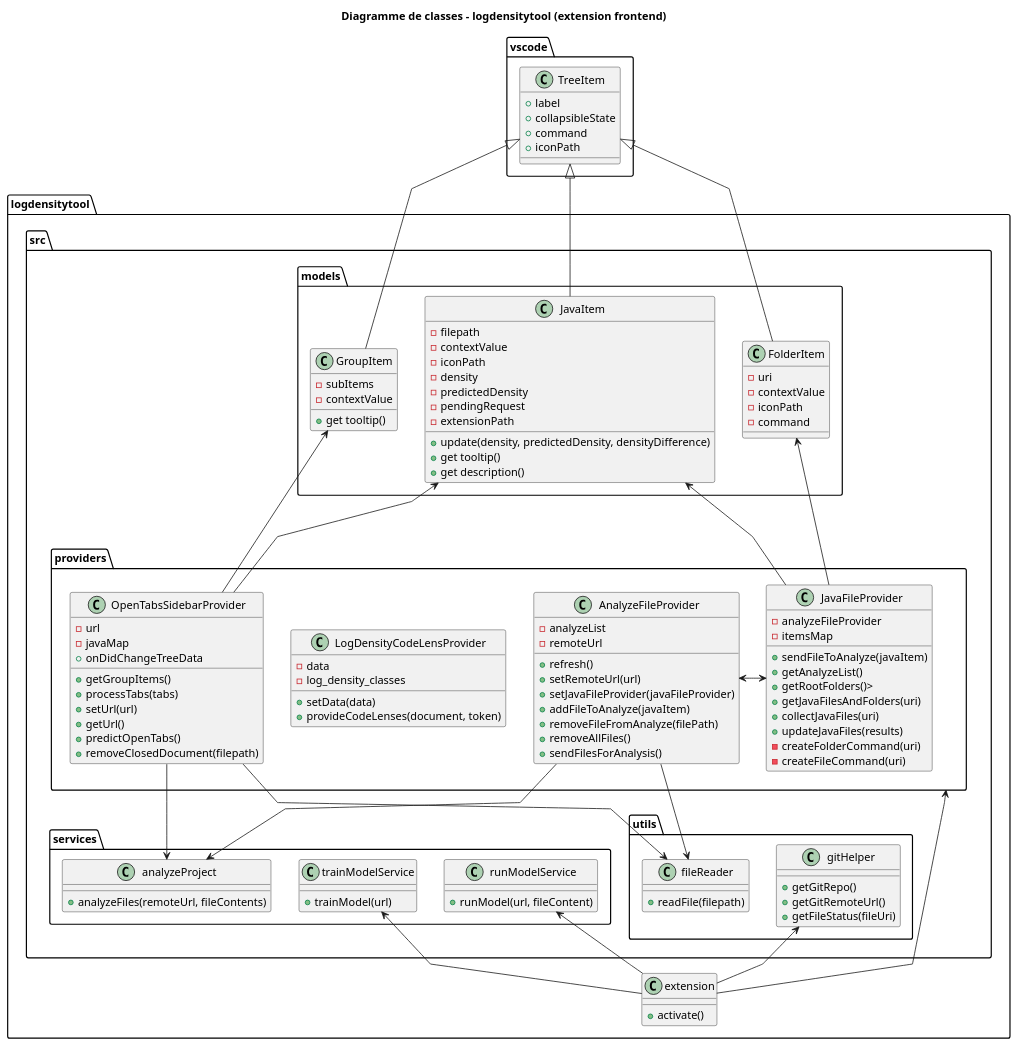
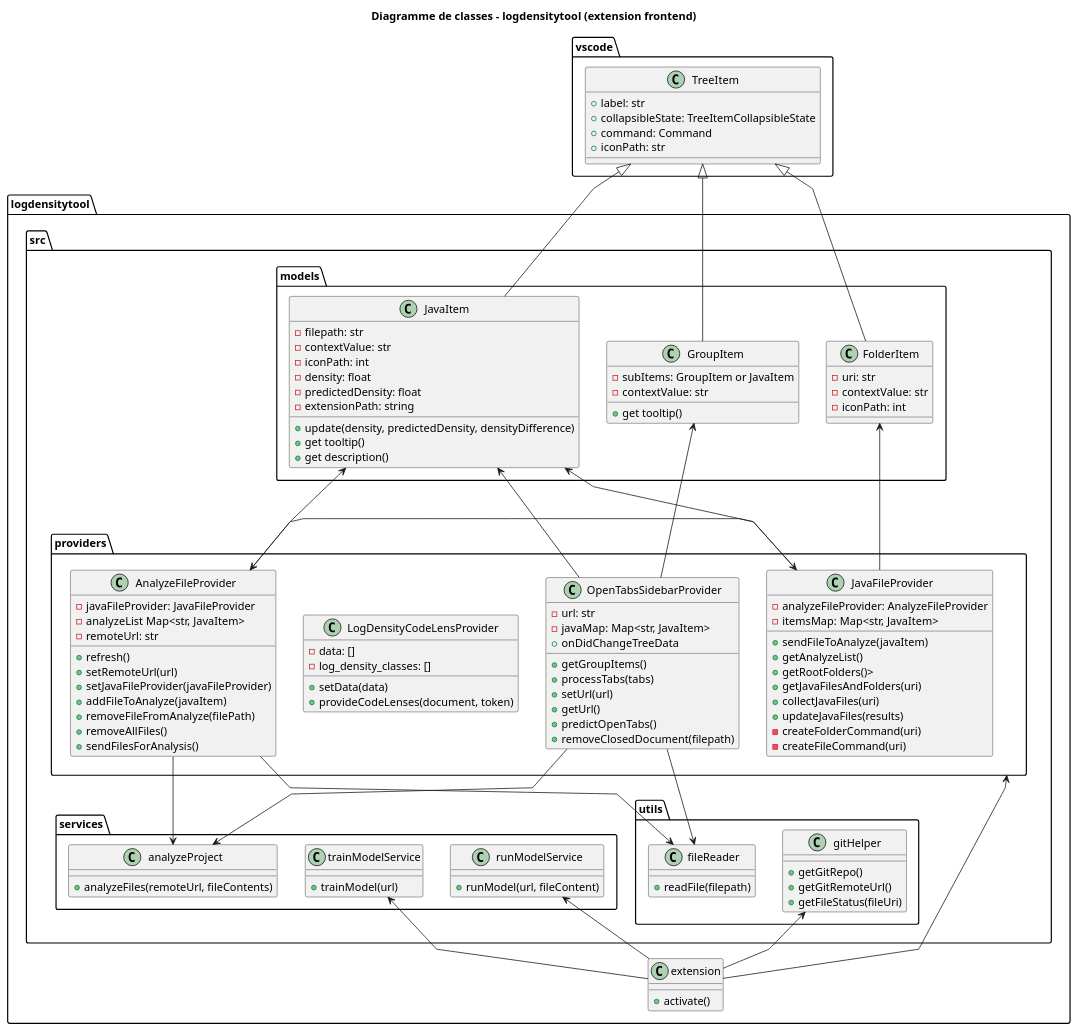
The diagram in artifacts/classes - extension.puml (DaREf-MS/log-density-plugin), drawn with PlantUML before and after one commit. The commit also changed 1 other file, not shown here.

Commit message:
Added attribute types to classes diagrams

```diff
--- a/artifacts/classes - extension.puml
+++ b/artifacts/classes - extension.puml
@@ -1,142 +1,142 @@
 @startuml
 skinparam linetype polyline
 
 title Diagramme de classes - logdensitytool (extension frontend)
 
 class vscode.TreeItem {
-  +label
-  +collapsibleState
-  +command
-  +iconPath
+  +label: str
+  +collapsibleState: TreeItemCollapsibleState
+  +command: Command
+  +iconPath: str
 }
 
 package logdensitytool {
     package src {
         package models {
             class FolderItem {
-                -uri
-                -contextValue
-                -iconPath
-                -command
+                -uri: str
+                -contextValue: str
+                -iconPath: int
             }
 
             class GroupItem {
-                -subItems
-                -contextValue
+                -subItems: GroupItem or JavaItem
+                -contextValue: str
                 +get tooltip()
             }
 
             class JavaItem {
-                -filepath
-                -contextValue
-                -iconPath
-                -density
-                -predictedDensity
-                -pendingRequest
-                -extensionPath
+                -filepath: str
+                -contextValue: str
+                -iconPath: int
+                -density: float
+                -predictedDensity: float
+                -extensionPath: string
                 +update(density, predictedDensity, densityDifference)
                 +get tooltip()
                 +get description()
             }
 
             vscode.TreeItem <|-- FolderItem
             vscode.TreeItem <|-- GroupItem
             vscode.TreeItem <|-- JavaItem
         }
 
         package services {
             class analyzeProject {
                 +analyzeFiles(remoteUrl, fileContents)
             }
 
             class runModelService {
                 +runModel(url, fileContent)
             }
 
             class trainModelService {
                 +trainModel(url)
             }
         }
 
         package utils {
             class fileReader {
                 +readFile(filepath)
             }
 
             class gitHelper {
                 +getGitRepo()
                 +getGitRemoteUrl()
                 +getFileStatus(fileUri)
             }
         }
 
         package providers {
+            class LogDensityCodeLensProvider {
+                -data: []
+                -log_density_classes: []
+                +setData(data)
+                +provideCodeLenses(document, token)
+            }
+
             class AnalyzeFileProvider {
-                -analyzeList
-                -remoteUrl
+                -javaFileProvider: JavaFileProvider
+                -analyzeList Map<str, JavaItem>
+                -remoteUrl: str
                 +refresh()
                 +setRemoteUrl(url)
                 +setJavaFileProvider(javaFileProvider)
                 +addFileToAnalyze(javaItem)
                 +removeFileFromAnalyze(filePath)
                 +removeAllFiles()
                 +sendFilesForAnalysis()
             }
             AnalyzeFileProvider <-> JavaFileProvider
 
             class JavaFileProvider {
-                -analyzeFileProvider
-                -itemsMap
+                -analyzeFileProvider: AnalyzeFileProvider
+                -itemsMap: Map<str, JavaItem>
                 +sendFileToAnalyze(javaItem)
                 +getAnalyzeList()
                 +getRootFolders()>
                 +getJavaFilesAndFolders(uri)
                 +collectJavaFiles(uri)
                 +updateJavaFiles(results)
                 -createFolderCommand(uri)
                 -createFileCommand(uri)
             }
 
-            class LogDensityCodeLensProvider {
-                -data
-                -log_density_classes
-                +setData(data)
-                +provideCodeLenses(document, token)
-            }
-
             class OpenTabsSidebarProvider {
-                -url
-                -javaMap
+                -url: str
+                -javaMap: Map<str, JavaItem>
                 +onDidChangeTreeData
                 +getGroupItems()
                 +processTabs(tabs)
                 +setUrl(url)
                 +getUrl()
                 +predictOpenTabs()
                 +removeClosedDocument(filepath)
             }
         }
     }
 
     class extension {
         +activate()
     }
 
     extension -u-> trainModelService
     extension -u-> runModelService
     extension -u-> gitHelper
     extension -u-> providers
 
     AnalyzeFileProvider --> analyzeProject
     AnalyzeFileProvider --> fileReader
+    AnalyzeFileProvider -u--> JavaItem
 
     JavaFileProvider -u--> FolderItem
     JavaFileProvider -u--> JavaItem
 
     OpenTabsSidebarProvider -u--> GroupItem
     OpenTabsSidebarProvider -u--> JavaItem
     OpenTabsSidebarProvider --> analyzeProject
     OpenTabsSidebarProvider --> fileReader
 }
 
 @enduml
```
